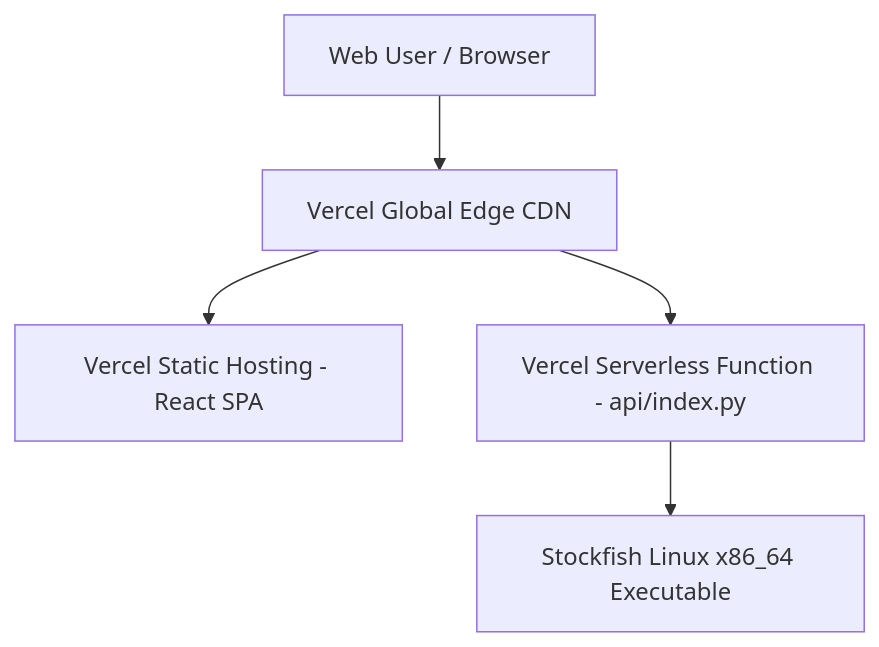
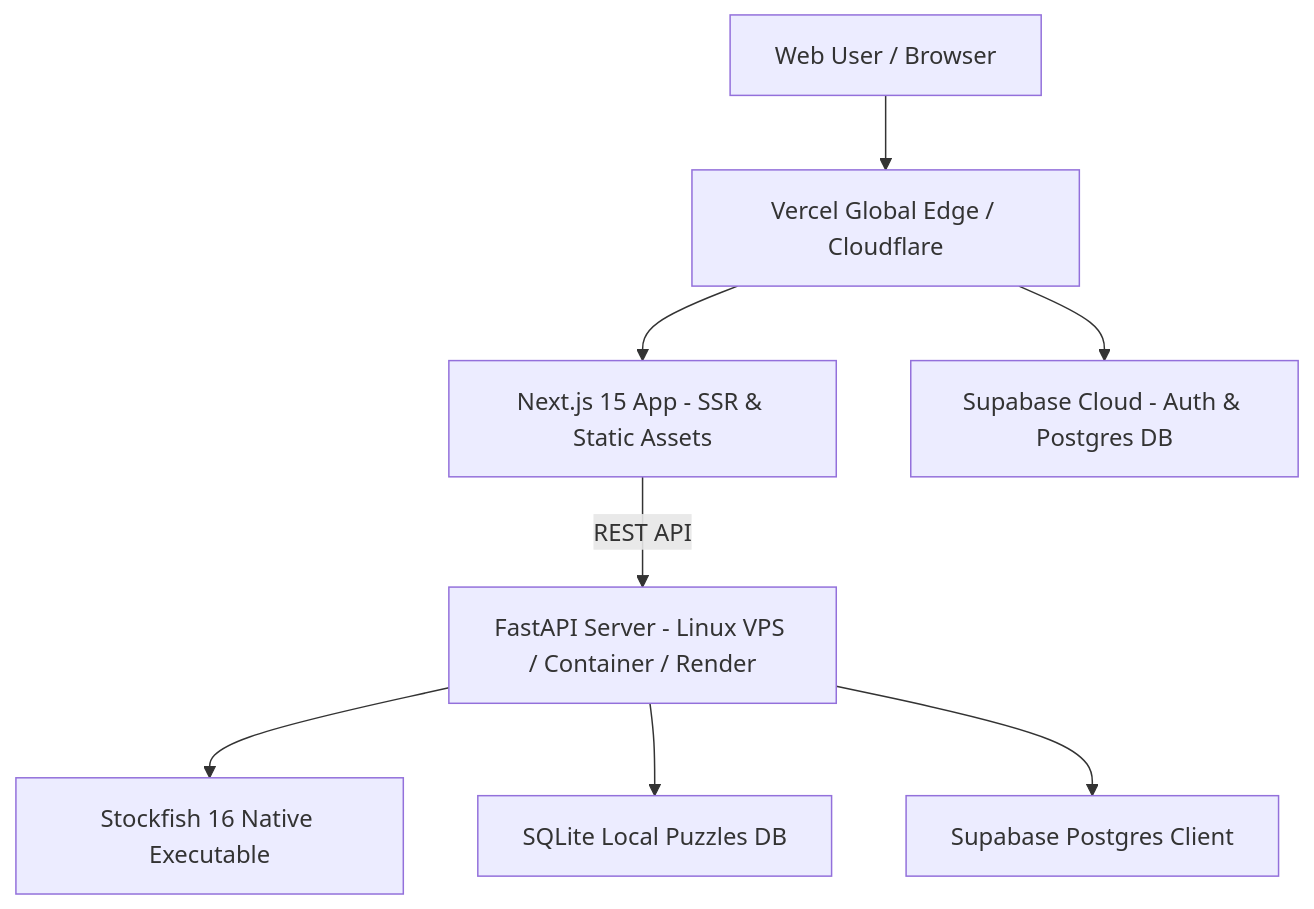
Before and after one commit to janhavi-28/chess-game: the sixth of 6 diagrams in ARCHITECTURE.md, drawn with Mermaid. The commit also changed other lines of this file and 26 other files, not shown here.

````diff
--- a/ARCHITECTURE.md
+++ b/ARCHITECTURE.md
@@ -175,7 +221,10 @@
 ```mermaid
 graph TD
-    User[Web User / Browser] --> VercelCDN[Vercel Global Edge CDN]
-    VercelCDN --> Static[Vercel Static Hosting - React SPA]
-    VercelCDN --> Serverless[Vercel Serverless Function - api/index.py]
-    Serverless --> Binary[Stockfish Linux x86_64 Executable]
+    User[Web User / Browser] --> NextEdge[Vercel Global Edge / Cloudflare]
+    NextEdge --> FrontendApp[Next.js 15 App - SSR & Static Assets]
+    NextEdge --> SupabaseAuth[Supabase Cloud - Auth & Postgres DB]
+    FrontendApp -->|REST API| BackendServer[FastAPI Server - Linux VPS / Container / Render]
+    BackendServer --> StockfishBin[Stockfish 16 Native Executable]
+    BackendServer --> SQLitePuzzles[SQLite Local Puzzles DB]
+    BackendServer --> SupabaseDB[Supabase Postgres Client]
 ```
````
